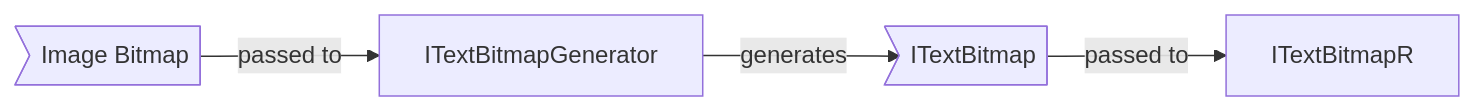
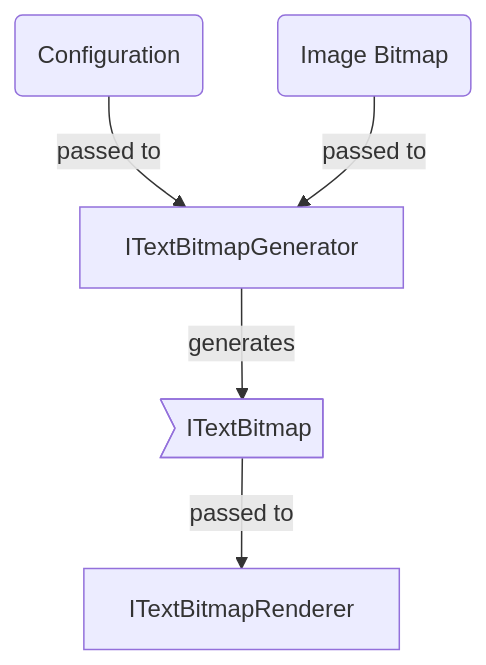
The diagram in doc/i-text-types.md (Texart/Texart), drawn with Mermaid before and after one commit. The commit also changed other lines of this file, not shown here.

Commit message:
doc/i-text-types.md updated from https://stackedit.io/

````diff
--- a/doc/i-text-types.md
+++ b/doc/i-text-types.md
@@ -3,6 +3,7 @@
 ```mermaid
-graph LR;
-  B>Image Bitmap] -- passed to --> G[ITextBitmapGenerator]
+graph TD;
+  C1(Configuration) -- passed to --> G[ITextBitmapGenerator]
+  B(Image Bitmap) -- passed to --> G
   G -- generates --> D>ITextBitmap];
-  D -- passed to --> R[ITextBitmapR]
+  D -- passed to --> R[ITextBitmapRenderer]
 ```
````
